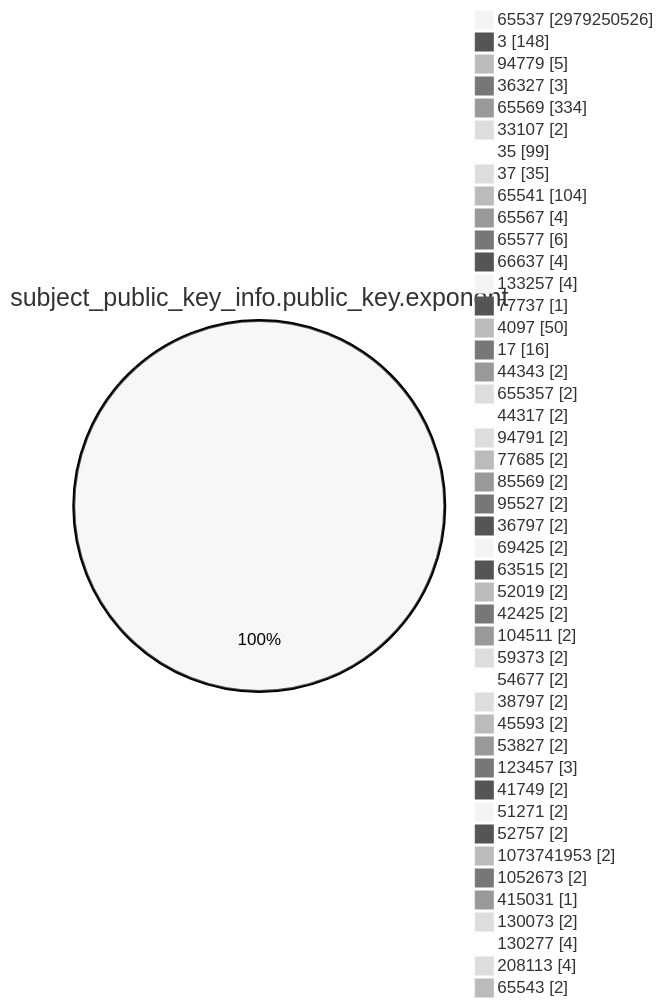
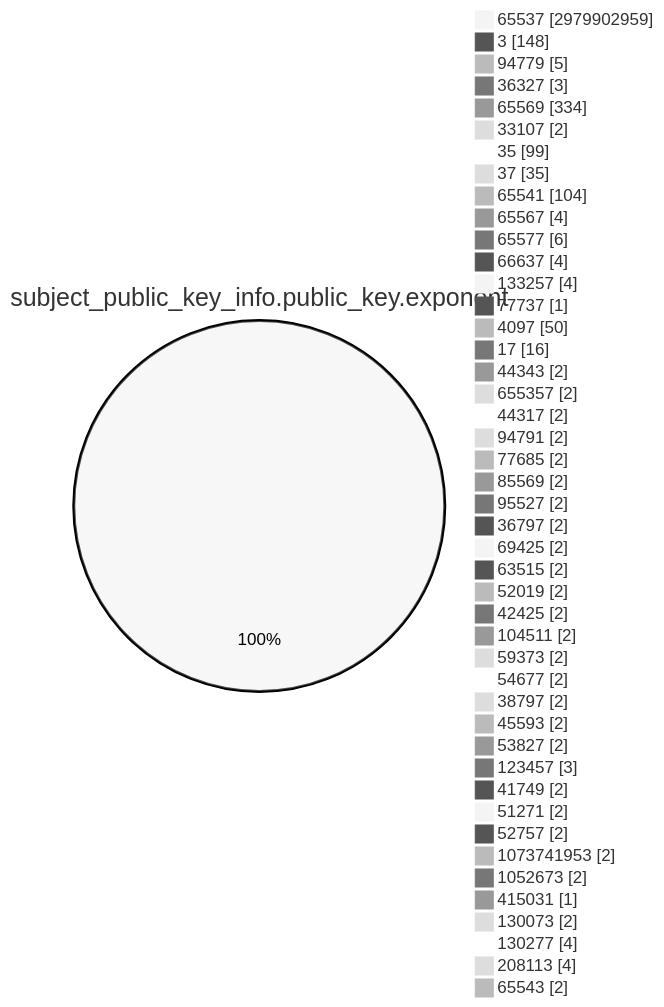
One commit to christiankrug/ctmonitor_visualization changed the fourth of 15 diagrams in TOTAL/README.md. Above: the diagram before and after it, drawn with Mermaid (neutral theme). The commit also changed other lines of this file, not shown here.

````diff
--- a/TOTAL/README.md
+++ b/TOTAL/README.md
@@ -1471,49 +1472,49 @@
 ```mermaid
 pie showData
 title subject_public_key_info.public_key.exponent
-"65537" :2979250526
+"65537" :2979902959
 "3" :148
 "94779" :5
 "36327" :3
 "65569" :334
 "33107" :2
 "35" :99
 "37" :35
 "65541" :104
 "65567" :4
 "65577" :6
 "66637" :4
 "133257" :4
 "77737" :1
 "4097" :50
 "17" :16
 "44343" :2
 "655357" :2
 "44317" :2
 "94791" :2
 "77685" :2
 "85569" :2
 "95527" :2
 "36797" :2
 "69425" :2
 "63515" :2
 "52019" :2
 "42425" :2
 "104511" :2
 "59373" :2
 "54677" :2
 "38797" :2
 "45593" :2
 "53827" :2
 "123457" :3
 "41749" :2
 "51271" :2
 "52757" :2
 "1073741953" :2
 "1052673" :2
 "415031" :1
 "130073" :2
 "130277" :4
 "208113" :4
 "65543" :2
 ```
````
